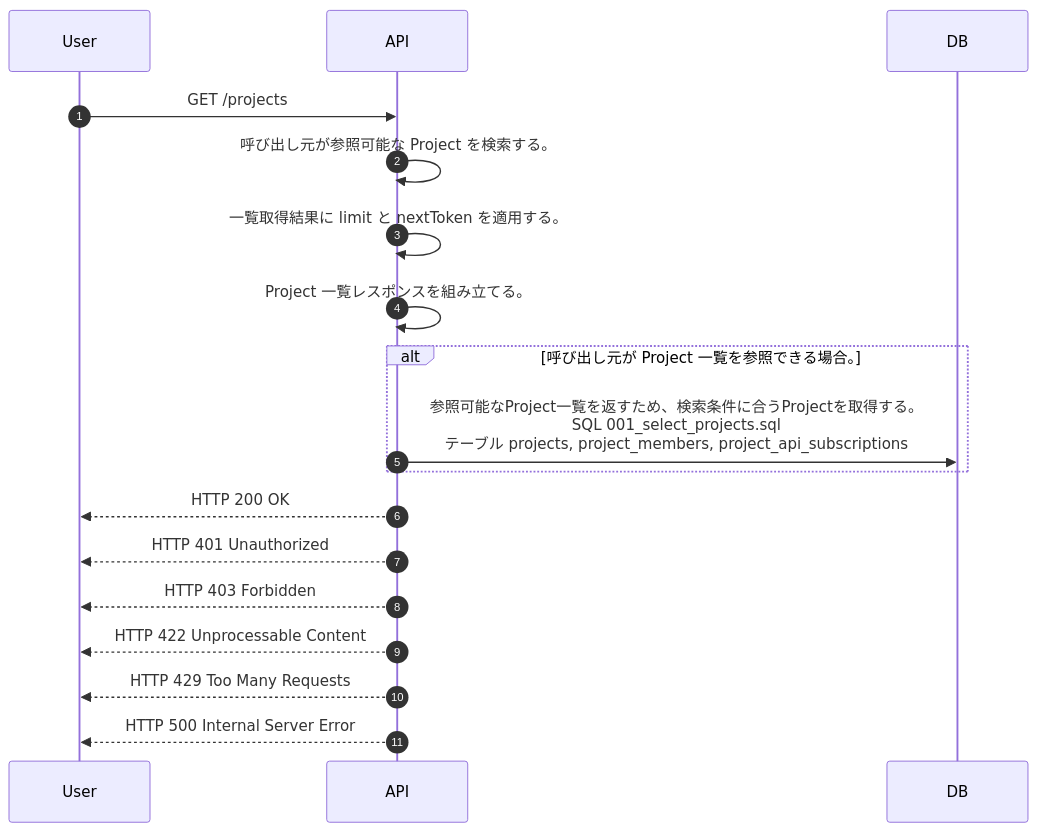
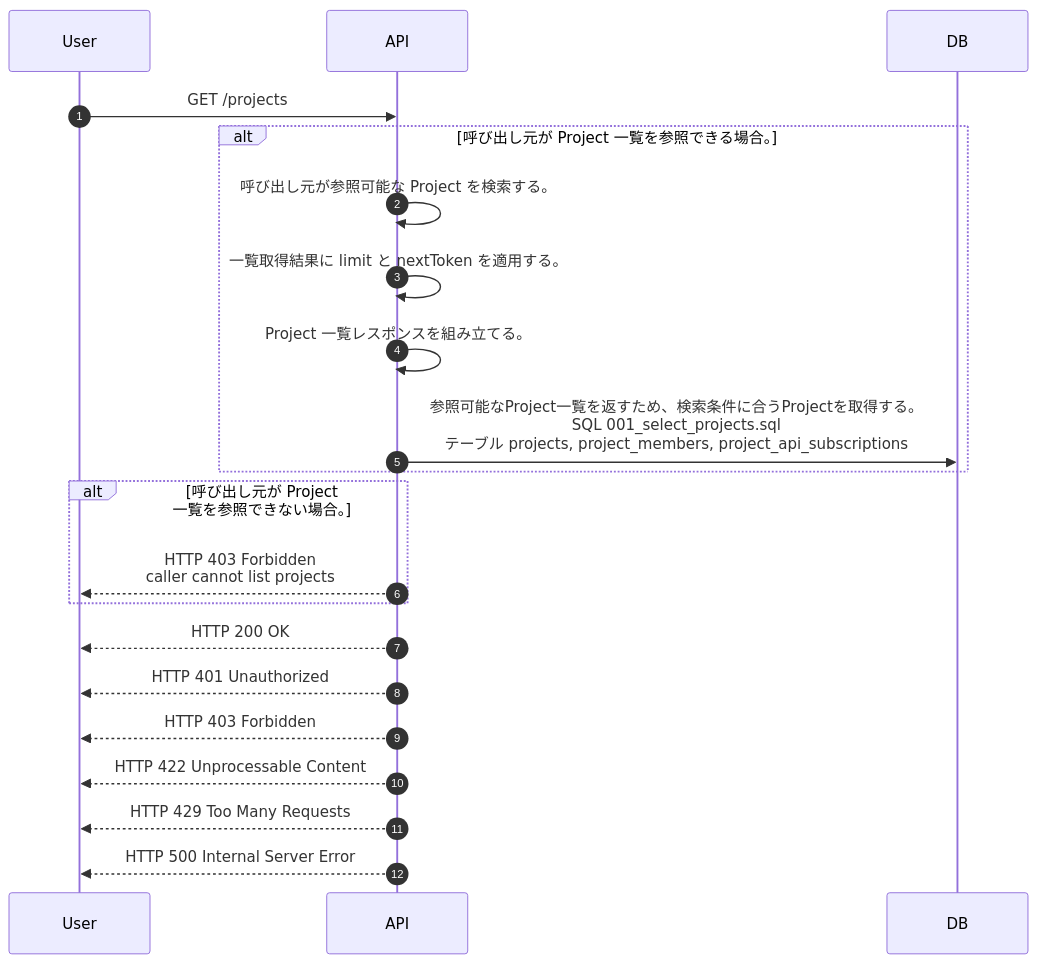
One commit to tsuji-tomonori/lazunex changed the diagram in docs/spec/40.apis/projects/list_projects/sequence_gen.md. Above: the diagram before and after it, drawn with Mermaid. The commit also changed 46 other files, not shown here.

````diff
--- a/docs/spec/40.apis/projects/list_projects/sequence_gen.md
+++ b/docs/spec/40.apis/projects/list_projects/sequence_gen.md
@@ -5,20 +5,23 @@
 ```mermaid
 sequenceDiagram
   autonumber
   participant User as User
   participant API as API
   participant DB as DB
   User->>API: GET /projects
-  API->>API: 呼び出し元が参照可能な Project を検索する。
-  API->>API: 一覧取得結果に limit と nextToken を適用する。
-  API->>API: Project 一覧レスポンスを組み立てる。
   alt 呼び出し元が Project 一覧を参照できる場合。
+    API->>API: 呼び出し元が参照可能な Project を検索する。
+    API->>API: 一覧取得結果に limit と nextToken を適用する。
+    API->>API: Project 一覧レスポンスを組み立てる。
     API->>DB: 参照可能なProject一覧を返すため、検索条件に合うProjectを取得する。<br/>SQL 001_select_projects.sql<br/>テーブル projects, project_members, project_api_subscriptions
+  end
+  alt 呼び出し元が Project 一覧を参照できない場合。
+    API-->>User: HTTP 403 Forbidden<br/>caller cannot list projects
   end
   API-->>User: HTTP 200 OK
   API-->>User: HTTP 401 Unauthorized
   API-->>User: HTTP 403 Forbidden
   API-->>User: HTTP 422 Unprocessable Content
   API-->>User: HTTP 429 Too Many Requests
   API-->>User: HTTP 500 Internal Server Error
 ```
````
